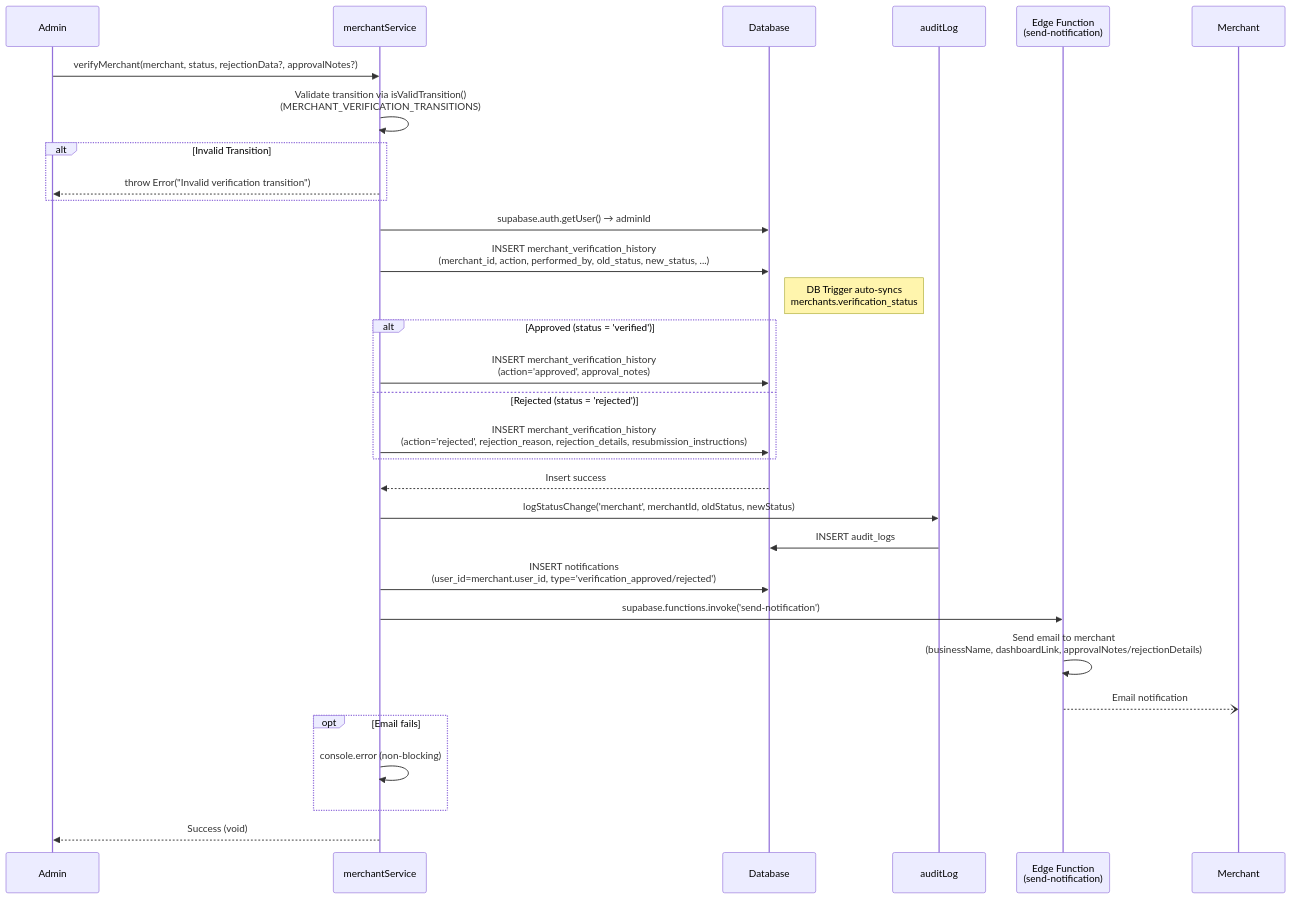
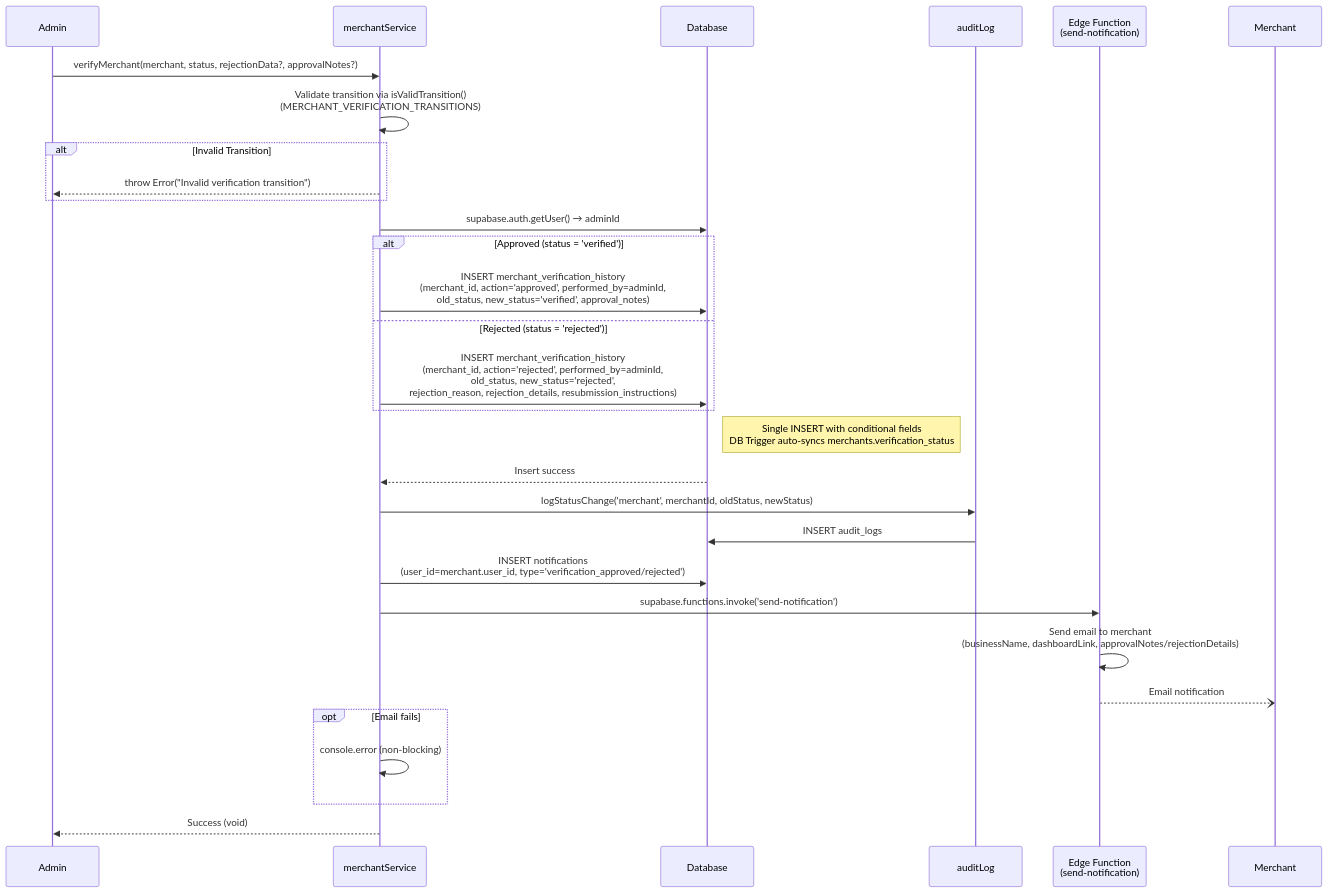
The second of 17 diagrams in old-docs/merchant_sequence_diagram.md (itsramaa/Sistem-Hunian), drawn with Mermaid before and after one commit. The commit also changed other lines of this file, not shown here.

````diff
--- a/old-docs/merchant_sequence_diagram.md
+++ b/old-docs/merchant_sequence_diagram.md
@@ -80,44 +81,42 @@
 ```mermaid
 sequenceDiagram
     participant A as Admin
     participant MS as merchantService
     participant DB as Database
     participant AL as auditLog
     participant EF as Edge Function<br/>(send-notification)
     participant M as Merchant
 
     A->>MS: verifyMerchant(merchant, status, rejectionData?, approvalNotes?)
 
     MS->>MS: Validate transition via isValidTransition()<br/>(MERCHANT_VERIFICATION_TRANSITIONS)
     alt Invalid Transition
         MS-->>A: throw Error("Invalid verification transition")
     end
 
     MS->>DB: supabase.auth.getUser() → adminId
 
-    MS->>DB: INSERT merchant_verification_history<br/>(merchant_id, action, performed_by, old_status, new_status, ...)
-    Note right of DB: DB Trigger auto-syncs<br/>merchants.verification_status
-
     alt Approved (status = 'verified')
-        MS->>DB: INSERT merchant_verification_history<br/>(action='approved', approval_notes)
+        MS->>DB: INSERT merchant_verification_history<br/>(merchant_id, action='approved', performed_by=adminId,<br/>old_status, new_status='verified', approval_notes)
     else Rejected (status = 'rejected')
-        MS->>DB: INSERT merchant_verification_history<br/>(action='rejected', rejection_reason, rejection_details, resubmission_instructions)
+        MS->>DB: INSERT merchant_verification_history<br/>(merchant_id, action='rejected', performed_by=adminId,<br/>old_status, new_status='rejected',<br/>rejection_reason, rejection_details, resubmission_instructions)
     end
+    Note right of DB: Single INSERT with conditional fields<br/>DB Trigger auto-syncs merchants.verification_status
 
     DB-->>MS: Insert success
 
     MS->>AL: logStatusChange('merchant', merchantId, oldStatus, newStatus)
     AL->>DB: INSERT audit_logs
 
     MS->>DB: INSERT notifications<br/>(user_id=merchant.user_id, type='verification_approved/rejected')
 
     MS->>EF: supabase.functions.invoke('send-notification')
     EF->>EF: Send email to merchant<br/>(businessName, dashboardLink, approvalNotes/rejectionDetails)
     EF--)M: Email notification
 
     opt Email fails
         MS->>MS: console.error (non-blocking)
     end
 
     MS-->>A: Success (void)
 ```
````
